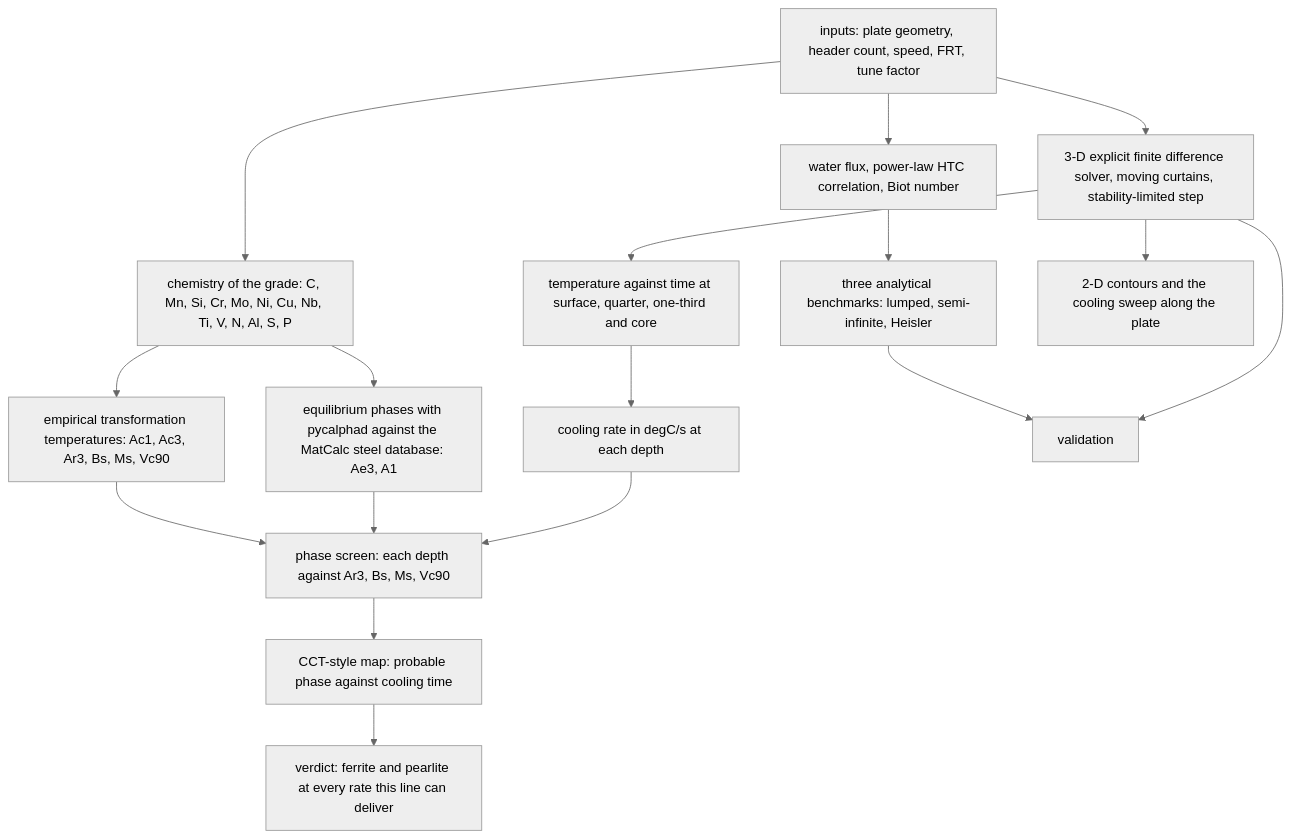
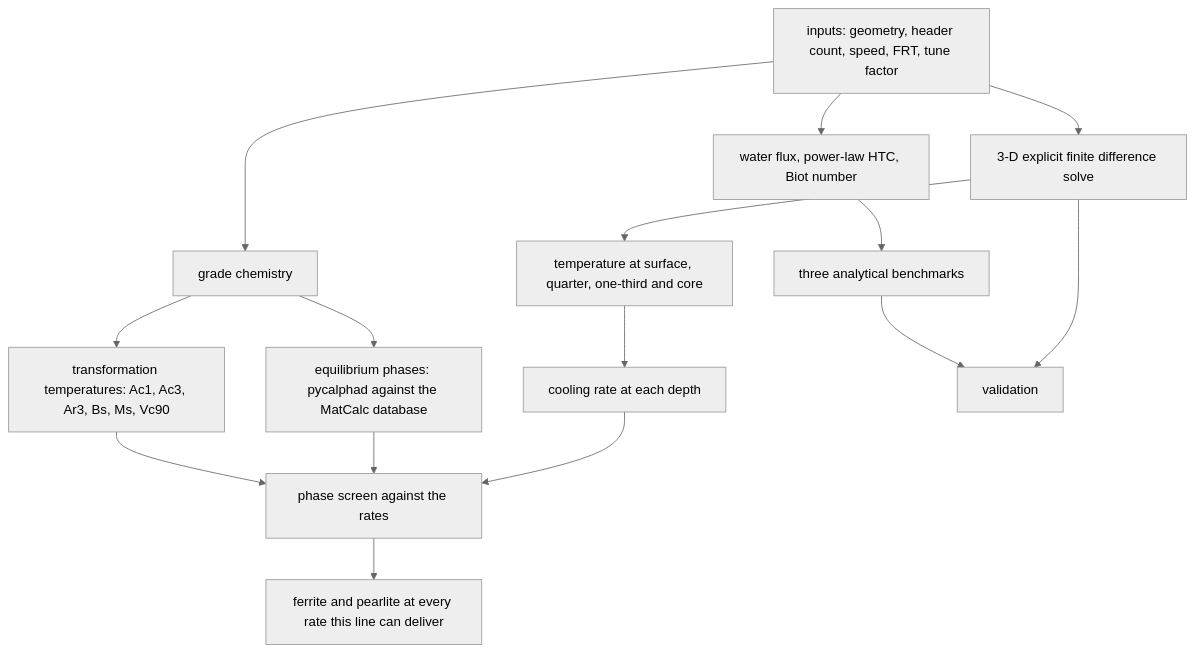
Before and after one commit to daniswaramp/acc-heat-analysis: the diagram in README.md, drawn with Mermaid (neutral theme). The commit also changed other lines of this file and 1 other file, not shown here.

````diff
--- a/README.md
+++ b/README.md
@@ -44,19 +27,17 @@
 ```mermaid
 flowchart TD
-    A["inputs: plate geometry, header count, speed, FRT, tune factor"] --> B["chemistry of the grade: C, Mn, Si, Cr, Mo, Ni, Cu, Nb, Ti, V, N, Al, S, P"]
-    B --> C["empirical transformation temperatures: Ac1, Ac3, Ar3, Bs, Ms, Vc90"]
-    B --> D["equilibrium phases with pycalphad against the MatCalc steel database: Ae3, A1"]
-    A --> E["water flux, power-law HTC correlation, Biot number"]
-    E --> F["three analytical benchmarks: lumped, semi-infinite, Heisler"]
-    A --> G["3-D explicit finite difference solver, moving curtains, stability-limited step"]
-    G --> H["temperature against time at surface, quarter, one-third and core"]
-    G --> I["2-D contours and the cooling sweep along the plate"]
-    H --> J["cooling rate in degC/s at each depth"]
+    A["inputs: geometry, header count, speed, FRT, tune factor"] --> B["grade chemistry"]
+    A --> E["water flux, power-law HTC, Biot number"]
+    E --> F["three analytical benchmarks"]
+    A --> G["3-D explicit finite difference solve"]
+    B --> C["transformation temperatures: Ac1, Ac3, Ar3, Bs, Ms, Vc90"]
+    B --> D["equilibrium phases: pycalphad against the MatCalc database"]
+    G --> H["temperature at surface, quarter, one-third and core"]
+    H --> J["cooling rate at each depth"]
     F --> K["validation"]
     G --> K
-    C --> L["phase screen: each depth against Ar3, Bs, Ms, Vc90"]
+    C --> L["phase screen against the rates"]
     D --> L
     J --> L
-    L --> M["CCT-style map: probable phase against cooling time"]
-    M --> N["verdict: ferrite and pearlite at every rate this line can deliver"]
+    L --> M["ferrite and pearlite at every rate this line can deliver"]
 ```
````
